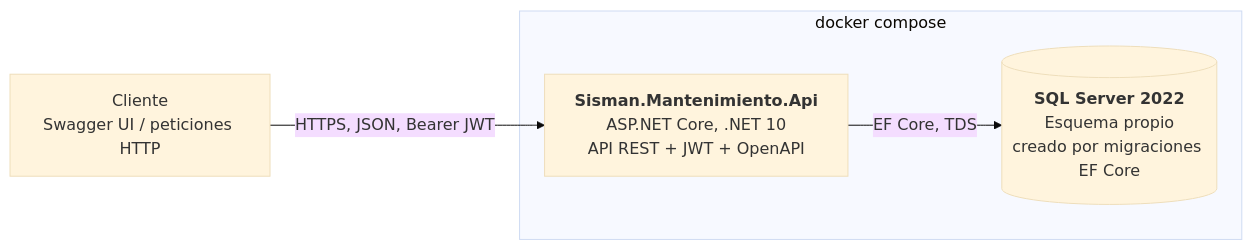
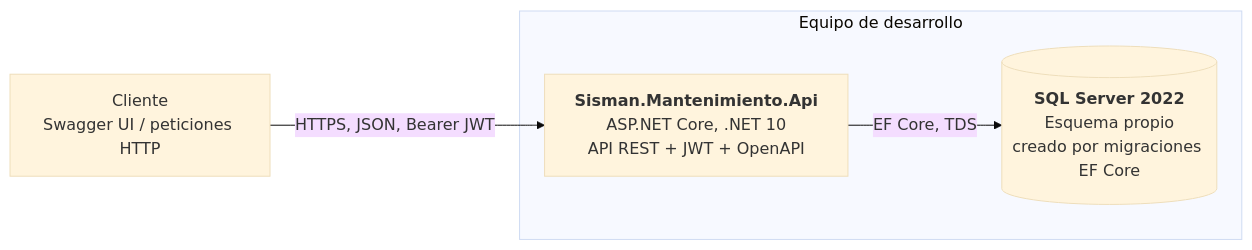
The first of 2 diagrams in docs/arquitectura/c4-contenedores.md (AngelHermozaSalasEDP/sisman-mantenimiento), drawn with Mermaid (base theme) before and after one commit. The commit also changed other lines of this file and 13 other files, not shown here.

````diff
--- a/docs/arquitectura/c4-contenedores.md
+++ b/docs/arquitectura/c4-contenedores.md
@@ -7,10 +7,10 @@
 ```mermaid
 flowchart LR
     cli["Cliente<br/>Swagger UI / peticiones HTTP"]
-    subgraph docker["docker compose"]
+    subgraph local["Equipo de desarrollo"]
         api["<b>Sisman.Mantenimiento.Api</b><br/>ASP.NET Core, .NET 10<br/>API REST + JWT + OpenAPI"]
         db[("<b>SQL Server 2022</b><br/>Esquema propio<br/>creado por migraciones EF Core")]
     end
     cli -->|"HTTPS, JSON, Bearer JWT"| api
     api -->|"EF Core, TDS"| db
 ```
````
